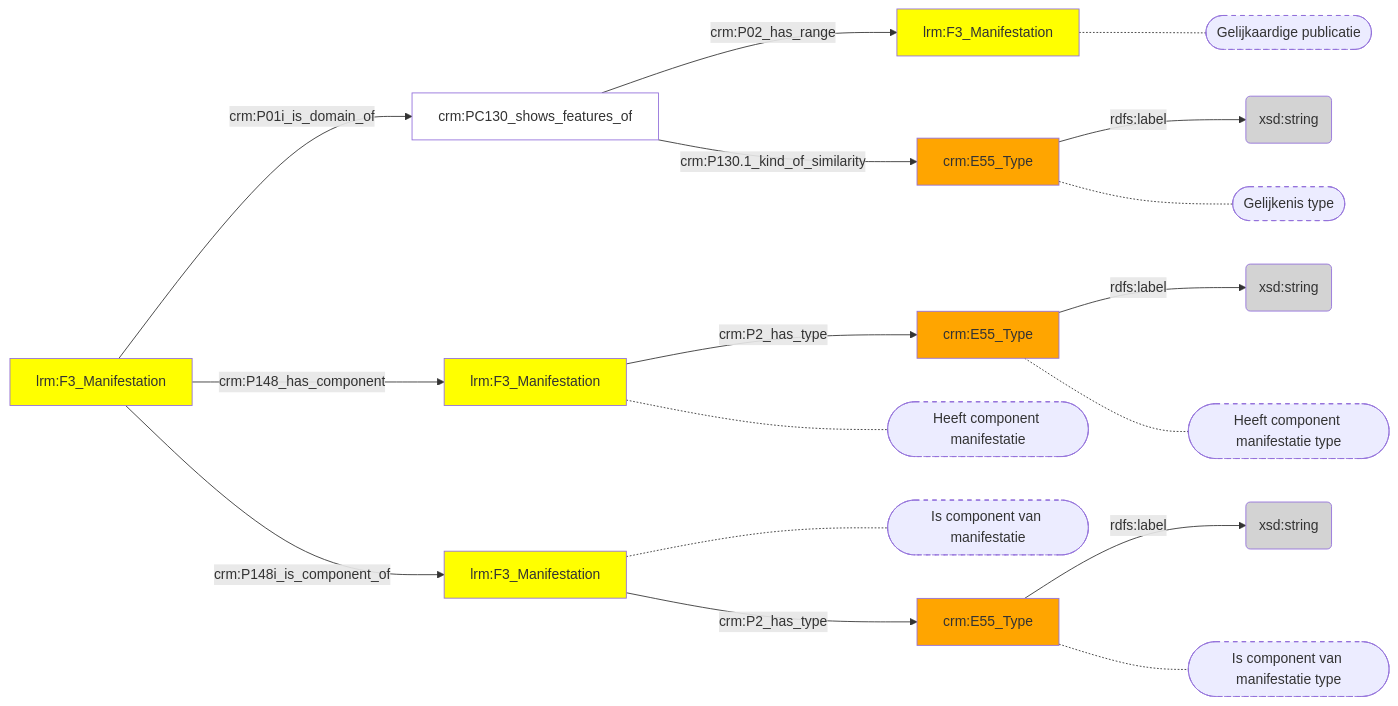
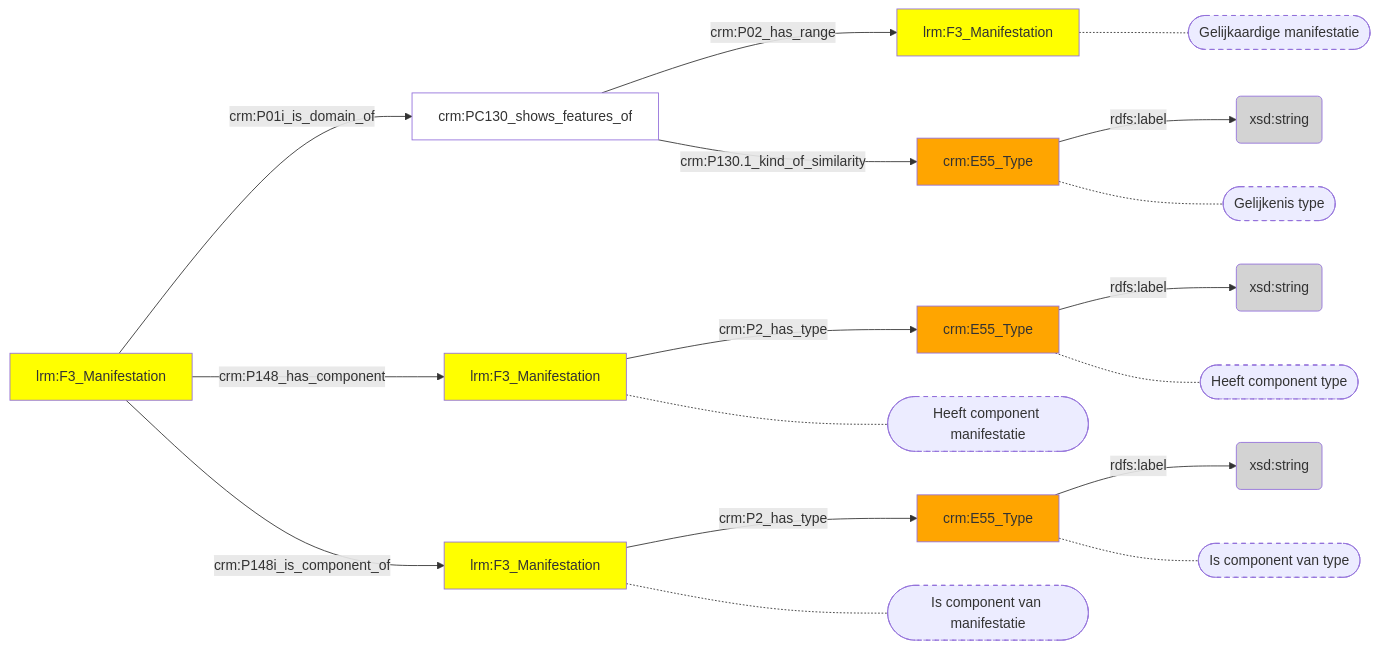
One commit to digipolisantwerpdocumentation/antwerp-cultureel-erfgoed changed the diagram in docs/content/modellen/BibliographicalManifestation/Verwijzingen.md. Above: the diagram before and after it, drawn with Mermaid. The commit also changed 32 other files, not shown here.

````diff
--- a/docs/content/modellen/BibliographicalManifestation/Verwijzingen.md
+++ b/docs/content/modellen/BibliographicalManifestation/Verwijzingen.md
@@ -1,36 +1,36 @@
 ```mermaid
 graph LR
 17e0f3de-8e93-11ee-8f9d-96a6d245525a["crm:E55_Type"]-->|"rdfs:label"|17e0fb22-8e93-11ee-8f9d-96a6d245525a(xsd:string)
 83463627-934d-11ee-9e33-960002548b4f["crm:E55_Type"]-->|"rdfs:label"|834639ce-934d-11ee-a516-960002548b4f(xsd:string)
 a13e386b-934d-11ee-a820-960002548b4f["crm:E55_Type"]-->|"rdfs:label"|a13e3c31-934d-11ee-a98f-960002548b4f(xsd:string)
+17e0cdb4-8e93-11ee-8f9d-96a6d245525a["crm:PC130_shows_features_of"]-->|"crm:P02_has_range"|17e10d06-8e93-11ee-8f9d-96a6d245525a["lrm:F3_Manifestation"]
+17e0cdb4-8e93-11ee-8f9d-96a6d245525a["crm:PC130_shows_features_of"]-->|"crm:P130.1_kind_of_similarity"|17e0f3de-8e93-11ee-8f9d-96a6d245525a["crm:E55_Type"]
+17e0efec-8e93-11ee-8f9d-96a6d245525a["lrm:F3_Manifestation"]-->|"crm:P01i_is_domain_of"|17e0cdb4-8e93-11ee-8f9d-96a6d245525a["crm:PC130_shows_features_of"]
+17e0efec-8e93-11ee-8f9d-96a6d245525a["lrm:F3_Manifestation"]-->|"crm:P148_has_component"|654f9122-8e96-11ee-8f9d-96a6d245525a["lrm:F3_Manifestation"]
+17e0efec-8e93-11ee-8f9d-96a6d245525a["lrm:F3_Manifestation"]-->|"crm:P148i_is_component_of"|5aca3730-8e95-11ee-8f9d-96a6d245525a["lrm:F3_Manifestation"]
+5aca3730-8e95-11ee-8f9d-96a6d245525a["lrm:F3_Manifestation"]-->|"crm:P2_has_type"|83463627-934d-11ee-9e33-960002548b4f["crm:E55_Type"]
+654f9122-8e96-11ee-8f9d-96a6d245525a["lrm:F3_Manifestation"]-->|"crm:P2_has_type"|a13e386b-934d-11ee-a820-960002548b4f["crm:E55_Type"]
+17e10d06-8e93-11ee-8f9d-96a6d245525a["lrm:F3_Manifestation"]-.-17e10d06-8e93-11ee-8f9d-96a6d245525a_s(["Gelijkaardige manifestatie"])
+17e0f3de-8e93-11ee-8f9d-96a6d245525a["crm:E55_Type"]-.-17e0f3de-8e93-11ee-8f9d-96a6d245525a_s(["Gelijkenis type"])
+654f9122-8e96-11ee-8f9d-96a6d245525a["lrm:F3_Manifestation"]-.-654f9122-8e96-11ee-8f9d-96a6d245525a_s(["Heeft component manifestatie"])
+5aca3730-8e95-11ee-8f9d-96a6d245525a["lrm:F3_Manifestation"]-.-5aca3730-8e95-11ee-8f9d-96a6d245525a_s(["Is component van manifestatie"])
+83463627-934d-11ee-9e33-960002548b4f["crm:E55_Type"]-.-83463627-934d-11ee-9e33-960002548b4f_s(["Is component van type"])
+a13e386b-934d-11ee-a820-960002548b4f["crm:E55_Type"]-.-a13e386b-934d-11ee-a820-960002548b4f_s(["Heeft component type"])
 style 17e10d06-8e93-11ee-8f9d-96a6d245525a_s stroke-dasharray: 5
 style 17e0f3de-8e93-11ee-8f9d-96a6d245525a_s stroke-dasharray: 5
 style 654f9122-8e96-11ee-8f9d-96a6d245525a_s stroke-dasharray: 5
 style 5aca3730-8e95-11ee-8f9d-96a6d245525a_s stroke-dasharray: 5
 style 83463627-934d-11ee-9e33-960002548b4f_s stroke-dasharray: 5
 style a13e386b-934d-11ee-a820-960002548b4f_s stroke-dasharray: 5
 style 17e0cdb4-8e93-11ee-8f9d-96a6d245525a fill:#ffffff
 style 17e0efec-8e93-11ee-8f9d-96a6d245525a fill:#ffff00
 style 17e0f3de-8e93-11ee-8f9d-96a6d245525a fill:#ffa500
 style 17e0fb22-8e93-11ee-8f9d-96a6d245525a fill:#D3D3D3
 style 17e10d06-8e93-11ee-8f9d-96a6d245525a fill:#ffff00
 style 5aca3730-8e95-11ee-8f9d-96a6d245525a fill:#ffff00
 style 654f9122-8e96-11ee-8f9d-96a6d245525a fill:#ffff00
 style 83463627-934d-11ee-9e33-960002548b4f fill:#ffa500
 style 834639ce-934d-11ee-a516-960002548b4f fill:#D3D3D3
 style a13e386b-934d-11ee-a820-960002548b4f fill:#ffa500
 style a13e3c31-934d-11ee-a98f-960002548b4f fill:#D3D3D3
-17e0cdb4-8e93-11ee-8f9d-96a6d245525a["crm:PC130_shows_features_of"]-->|"crm:P02_has_range"|17e10d06-8e93-11ee-8f9d-96a6d245525a["lrm:F3_Manifestation"]
-17e0cdb4-8e93-11ee-8f9d-96a6d245525a["crm:PC130_shows_features_of"]-->|"crm:P130.1_kind_of_similarity"|17e0f3de-8e93-11ee-8f9d-96a6d245525a["crm:E55_Type"]
-17e0efec-8e93-11ee-8f9d-96a6d245525a["lrm:F3_Manifestation"]-->|"crm:P01i_is_domain_of"|17e0cdb4-8e93-11ee-8f9d-96a6d245525a["crm:PC130_shows_features_of"]
-17e0efec-8e93-11ee-8f9d-96a6d245525a["lrm:F3_Manifestation"]-->|"crm:P148_has_component"|654f9122-8e96-11ee-8f9d-96a6d245525a["lrm:F3_Manifestation"]
-17e0efec-8e93-11ee-8f9d-96a6d245525a["lrm:F3_Manifestation"]-->|"crm:P148i_is_component_of"|5aca3730-8e95-11ee-8f9d-96a6d245525a["lrm:F3_Manifestation"]
-5aca3730-8e95-11ee-8f9d-96a6d245525a["lrm:F3_Manifestation"]-->|"crm:P2_has_type"|83463627-934d-11ee-9e33-960002548b4f["crm:E55_Type"]
-654f9122-8e96-11ee-8f9d-96a6d245525a["lrm:F3_Manifestation"]-->|"crm:P2_has_type"|a13e386b-934d-11ee-a820-960002548b4f["crm:E55_Type"]
-17e10d06-8e93-11ee-8f9d-96a6d245525a["lrm:F3_Manifestation"]-.-17e10d06-8e93-11ee-8f9d-96a6d245525a_s(["Gelijkaardige publicatie"])
-17e0f3de-8e93-11ee-8f9d-96a6d245525a["crm:E55_Type"]-.-17e0f3de-8e93-11ee-8f9d-96a6d245525a_s(["Gelijkenis type"])
-654f9122-8e96-11ee-8f9d-96a6d245525a["lrm:F3_Manifestation"]-.-654f9122-8e96-11ee-8f9d-96a6d245525a_s(["Heeft component manifestatie"])
-5aca3730-8e95-11ee-8f9d-96a6d245525a["lrm:F3_Manifestation"]-.-5aca3730-8e95-11ee-8f9d-96a6d245525a_s(["Is component van manifestatie"])
-83463627-934d-11ee-9e33-960002548b4f["crm:E55_Type"]-.-83463627-934d-11ee-9e33-960002548b4f_s(["Is component van manifestatie type"])
-a13e386b-934d-11ee-a820-960002548b4f["crm:E55_Type"]-.-a13e386b-934d-11ee-a820-960002548b4f_s(["Heeft component manifestatie type"])
 ```
````
